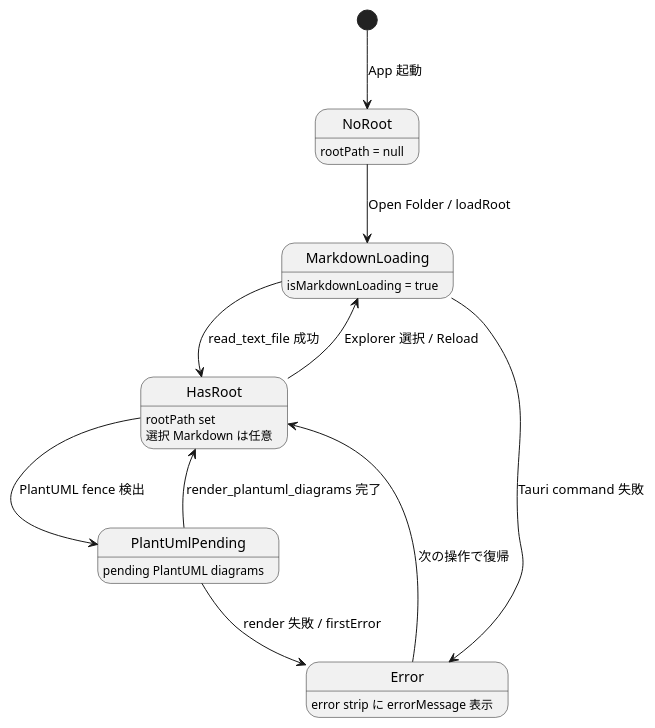
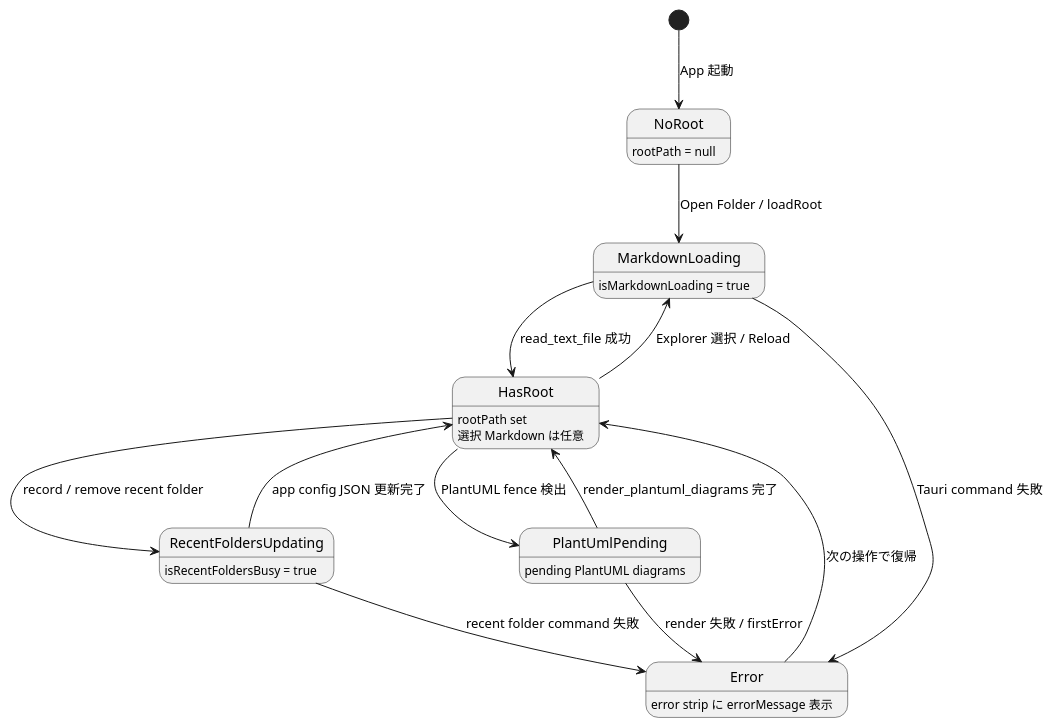
Before and after one commit to an-embedded-engineer/MarkdownViewer: the third of 3 diagrams in docs/components/tauri_viewer/basic_design.md, drawn with PlantUML. The commit also changed other lines of this file and 8 other files, not shown here.

Commit message:
Phase 3 implement Tauri recent folders

````diff
--- a/docs/components/tauri_viewer/basic_design.md
+++ b/docs/components/tauri_viewer/basic_design.md
@@ -139,22 +150,26 @@
 ```plantuml
 @startuml
 skinparam shadowing false
 
 [*] --> NoRoot : App 起動
 
 state NoRoot : rootPath = null
 state HasRoot : rootPath set\n選択 Markdown は任意
 state MarkdownLoading : isMarkdownLoading = true
+state RecentFoldersUpdating : isRecentFoldersBusy = true
 state PlantUmlPending : pending PlantUML diagrams
 state Error : error strip に errorMessage 表示
 
 NoRoot --> MarkdownLoading : Open Folder / loadRoot
 HasRoot --> MarkdownLoading : Explorer 選択 / Reload
 MarkdownLoading --> HasRoot : read_text_file 成功
 MarkdownLoading --> Error : Tauri command 失敗
+HasRoot --> RecentFoldersUpdating : record / remove recent folder
+RecentFoldersUpdating --> HasRoot : app config JSON 更新完了
+RecentFoldersUpdating --> Error : recent folder command 失敗
 HasRoot --> PlantUmlPending : PlantUML fence 検出
 PlantUmlPending --> HasRoot : render_plantuml_diagrams 完了
 PlantUmlPending --> Error : render 失敗 / firstError
 Error --> HasRoot : 次の操作で復帰
 @enduml
 ```
````
